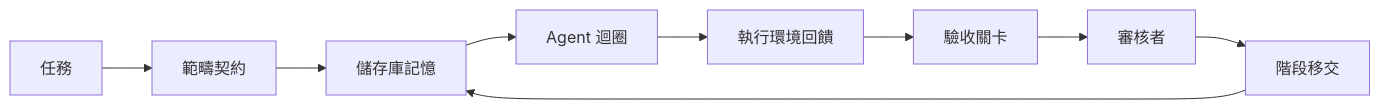
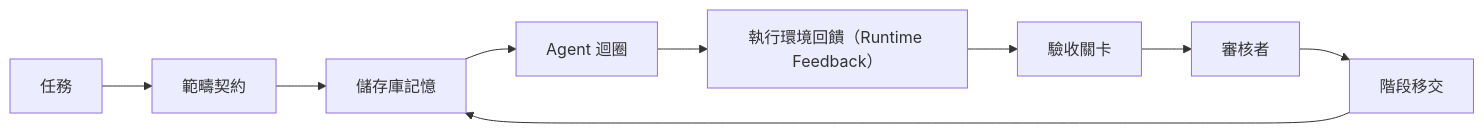
The diagram in i18n/zh-TW/phases/14-agent-engineering/31-agent-workbench-why-models-fail/docs/zh-TW.md (edward821220/ai-engineering-from-scratch), drawn with Mermaid before and after one commit. The commit also changed other lines of this file and 51 other files, not shown here.

````diff
--- a/i18n/zh-TW/phases/14-agent-engineering/31-agent-workbench-why-models-fail/docs/zh-TW.md
+++ b/i18n/zh-TW/phases/14-agent-engineering/31-agent-workbench-why-models-fail/docs/zh-TW.md
@@ -41,11 +41,11 @@
 ```mermaid
 flowchart LR
   Task[任務] --> Scope[範疇契約]
   Scope --> State[儲存庫記憶]
   State --> Agent[Agent 迴圈]
-  Agent --> Feedback[執行環境回饋]
+  Agent --> Feedback[執行環境回饋（Runtime Feedback）]
   Feedback --> Verify[驗收關卡]
   Verify --> Review[審核者]
   Review --> Handoff[階段移交]
   Handoff --> State
 ```
````
